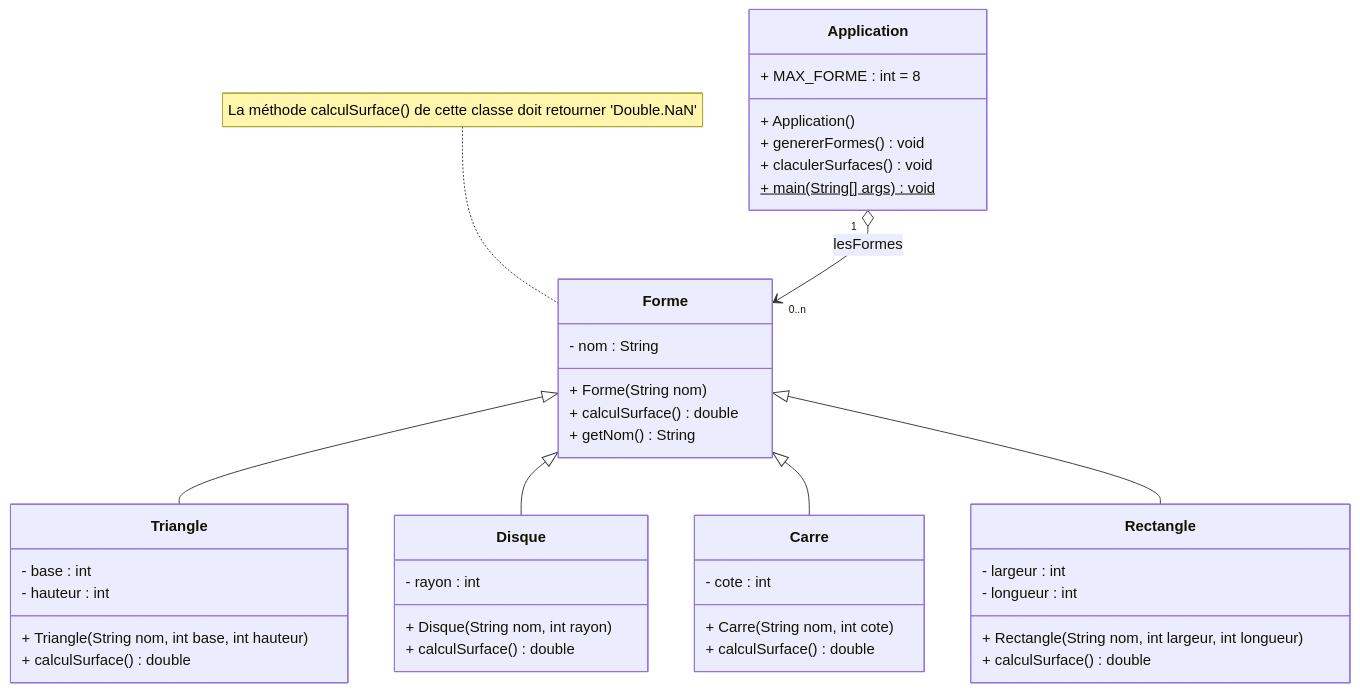
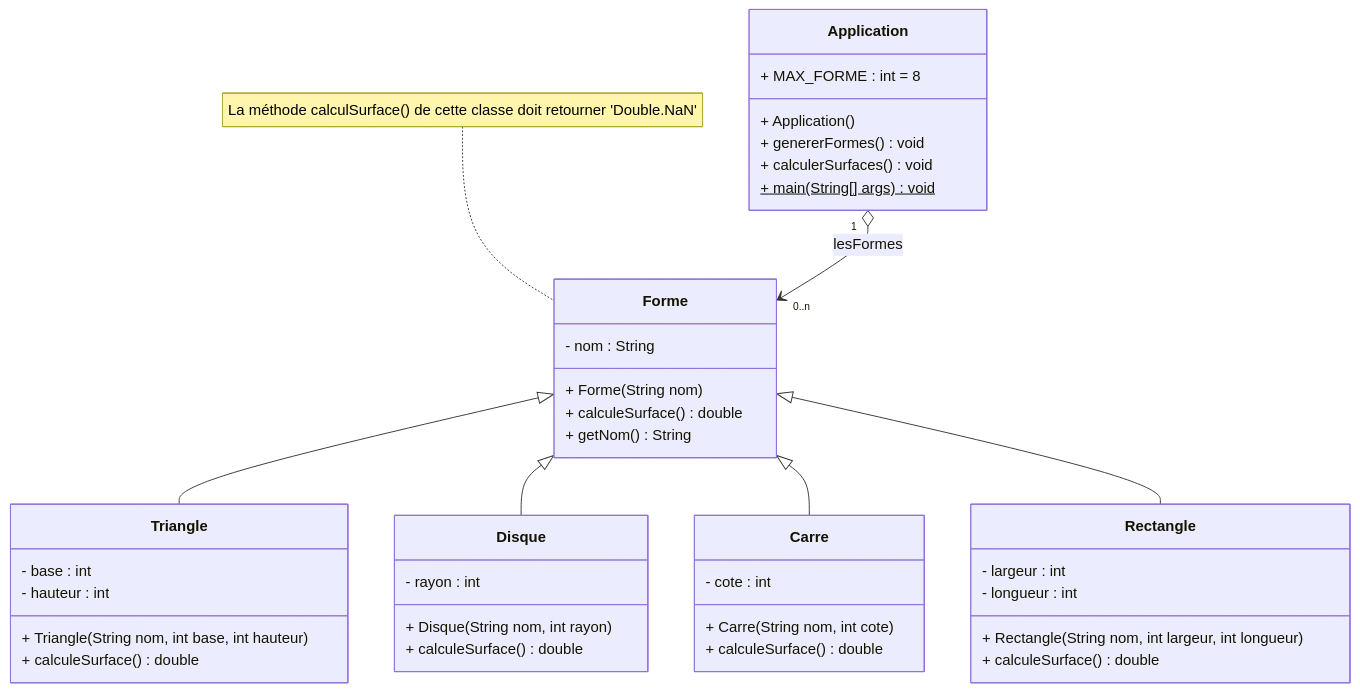
The first of 4 diagrams in README.md (emf-info-320/320_EX_04_FORMES_BASE), drawn with Mermaid before and after one commit. The commit also changed other lines of this file, not shown here.

Commit message:
Correction coquilles

````diff
--- a/README.md
+++ b/README.md
@@ -21,49 +22,49 @@
 ```mermaid
 classDiagram
     note for Forme "La méthode calculSurface() de cette classe doit retourner 'Double.NaN'"
     Forme <|-- Triangle
     Forme <|-- Disque
     Forme <|-- Carre
     Forme <|-- Rectangle
     Application "1" o--> "0..n" Forme : lesFormes
     class Application{
         + MAX_FORME : int = 8
         + Application()
         + genererFormes() void
-        + claculerSurfaces() void
+        + calculerSurfaces() void
         + main(String[] args)$ void
     }
     class Forme{
         - nom : String
         + Forme(String nom) 
-        + calculSurface() double
+        + calculeSurface() double
         + getNom() String
     }
     
     class Triangle{
         - base : int
         - hauteur : int
         + Triangle(String nom, int base, int hauteur)
-        + calculSurface() double
+        + calculeSurface() double
     }
 
     class Disque{
         - rayon : int
         + Disque(String nom, int rayon)
-        + calculSurface() double
+        + calculeSurface() double
     }
 
     class Carre{
         - cote : int
         + Carre(String nom, int cote)
-        + calculSurface() double
+        + calculeSurface() double
     }
 
     class Rectangle{
         - largeur : int
         - longueur : int
         + Rectangle(String nom, int largeur, int longueur)
-        + calculSurface() double
+        + calculeSurface() double
     }
 
 ```
````
